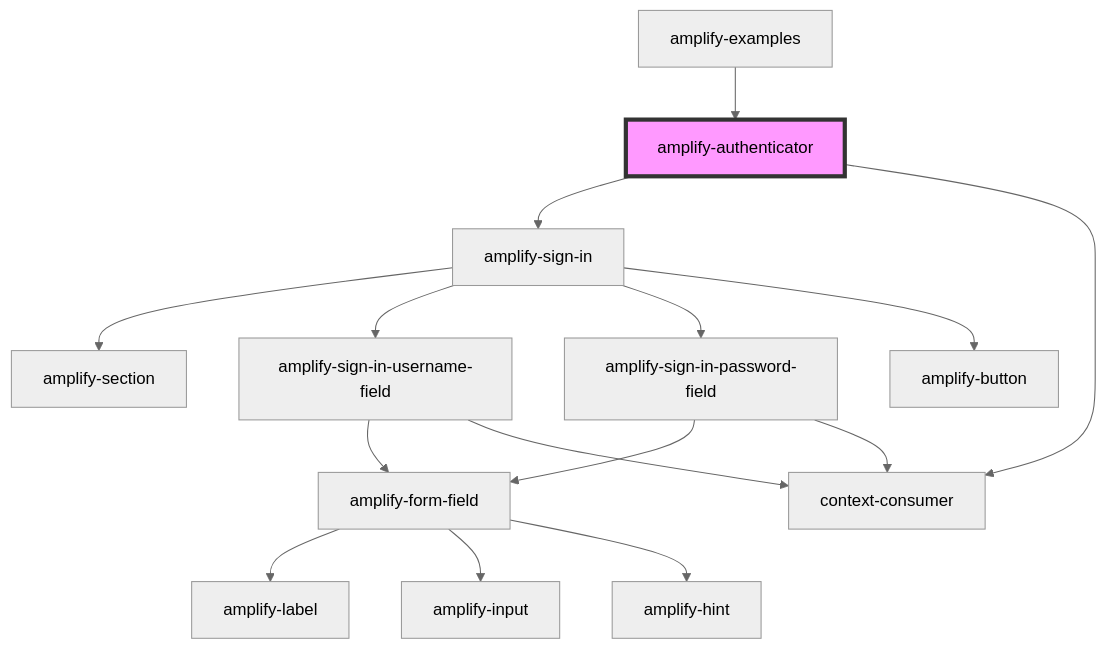
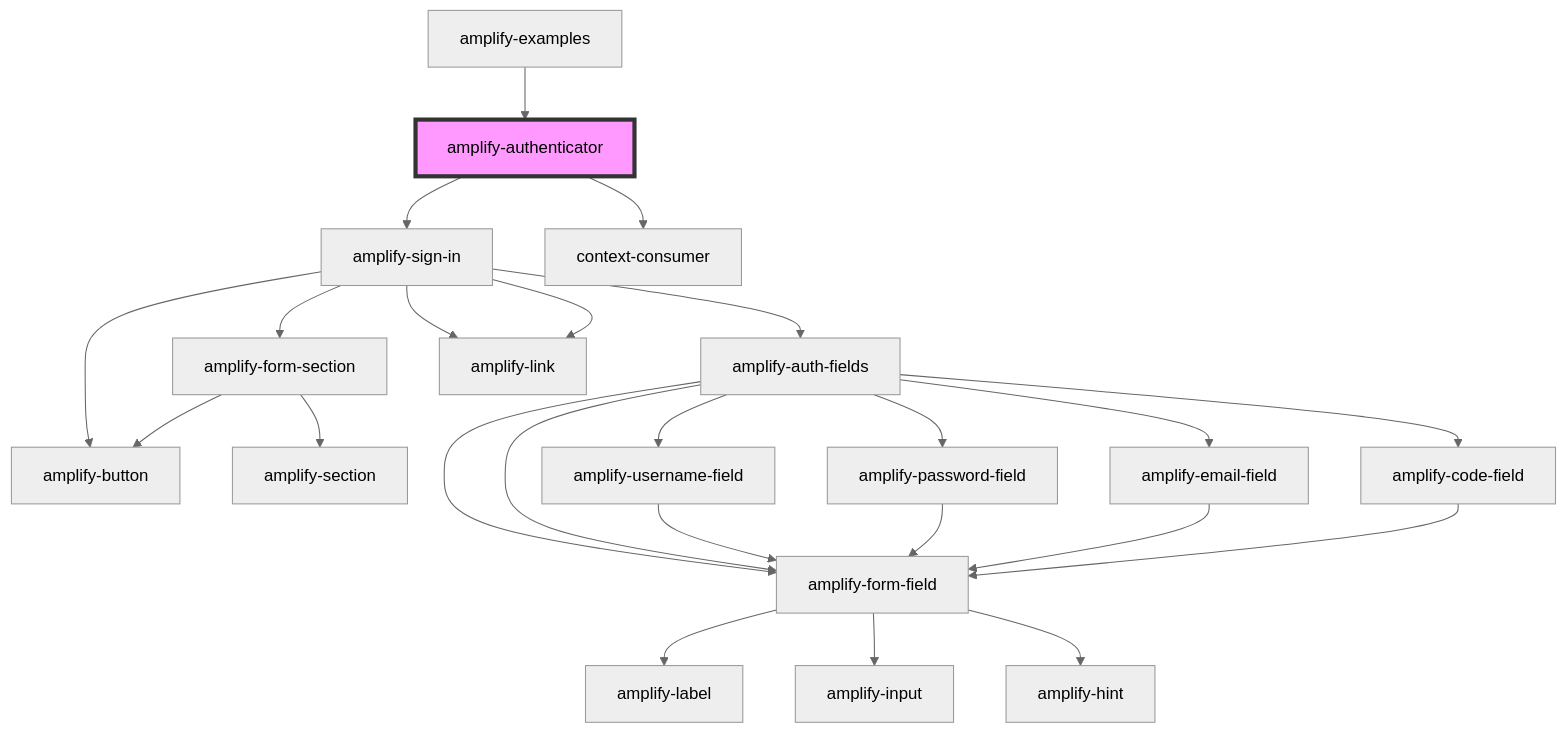
Before and after one commit to OneDev0411/amplify-js: the diagram in packages/amplify-ui-components/src/components/amplify-authenticator/readme.md, drawn with Mermaid (neutral theme). The commit also changed 81 other files, not shown here.

````diff
--- a/packages/amplify-ui-components/src/components/amplify-authenticator/readme.md
+++ b/packages/amplify-ui-components/src/components/amplify-authenticator/readme.md
@@ -36,18 +36,27 @@
 ```mermaid
 graph TD;
   amplify-authenticator --> amplify-sign-in
   amplify-authenticator --> context-consumer
-  amplify-sign-in --> amplify-section
-  amplify-sign-in --> amplify-sign-in-username-field
-  amplify-sign-in --> amplify-sign-in-password-field
+  amplify-sign-in --> amplify-form-section
+  amplify-sign-in --> amplify-auth-fields
+  amplify-sign-in --> amplify-link
+  amplify-sign-in --> amplify-link
   amplify-sign-in --> amplify-button
-  amplify-sign-in-username-field --> amplify-form-field
-  amplify-sign-in-username-field --> context-consumer
+  amplify-form-section --> amplify-section
+  amplify-form-section --> amplify-button
+  amplify-auth-fields --> amplify-username-field
+  amplify-auth-fields --> amplify-password-field
+  amplify-auth-fields --> amplify-email-field
+  amplify-auth-fields --> amplify-code-field
+  amplify-auth-fields --> amplify-form-field
+  amplify-auth-fields --> amplify-form-field
+  amplify-username-field --> amplify-form-field
   amplify-form-field --> amplify-label
   amplify-form-field --> amplify-input
   amplify-form-field --> amplify-hint
-  amplify-sign-in-password-field --> amplify-form-field
-  amplify-sign-in-password-field --> context-consumer
+  amplify-password-field --> amplify-form-field
+  amplify-email-field --> amplify-form-field
+  amplify-code-field --> amplify-form-field
   amplify-examples --> amplify-authenticator
   style amplify-authenticator fill:#f9f,stroke:#333,stroke-width:4px
 ```
````
